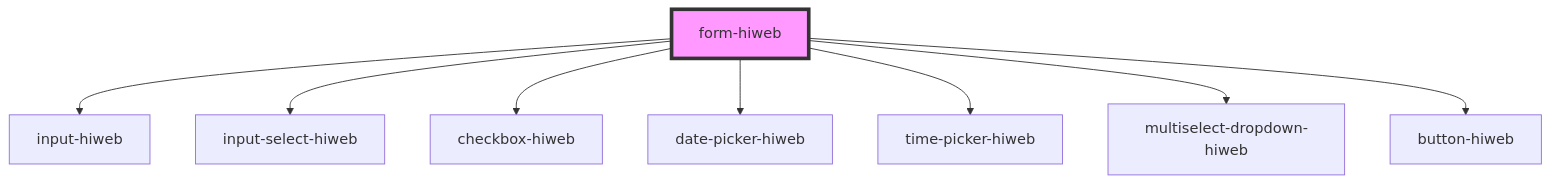
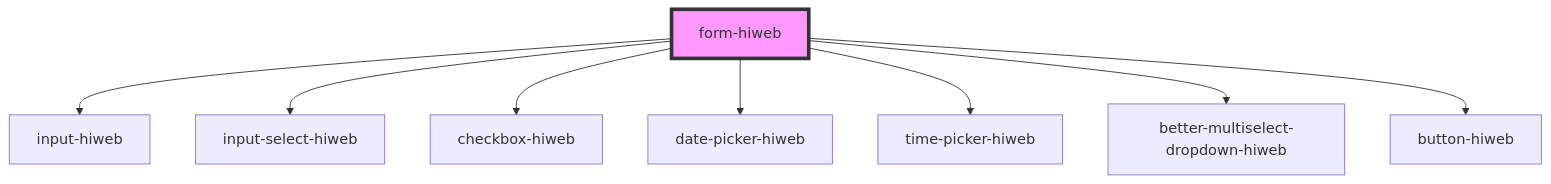
Before and after one commit to ansariymahdi/design-system-hiweb: the diagram in src/components/form-hiweb/readme.md, drawn with Mermaid. The commit also changed other lines of this file and 12 other files, not shown here.

````diff
--- a/src/components/form-hiweb/readme.md
+++ b/src/components/form-hiweb/readme.md
@@ -38,11 +38,11 @@
 ```mermaid
 graph TD;
   form-hiweb --> input-hiweb
   form-hiweb --> input-select-hiweb
   form-hiweb --> checkbox-hiweb
   form-hiweb --> date-picker-hiweb
   form-hiweb --> time-picker-hiweb
-  form-hiweb --> multiselect-dropdown-hiweb
+  form-hiweb --> better-multiselect-dropdown-hiweb
   form-hiweb --> button-hiweb
   style form-hiweb fill:#f9f,stroke:#333,stroke-width:4px
 ```
````
